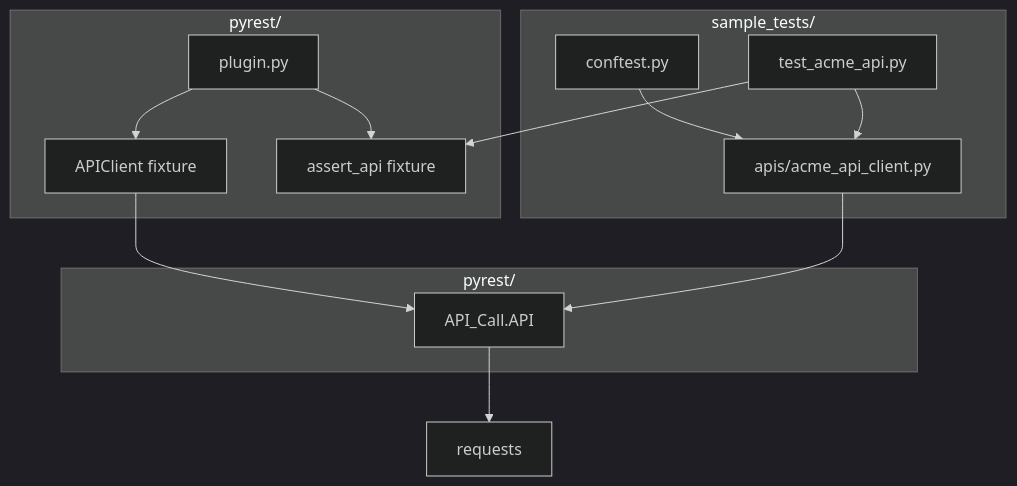
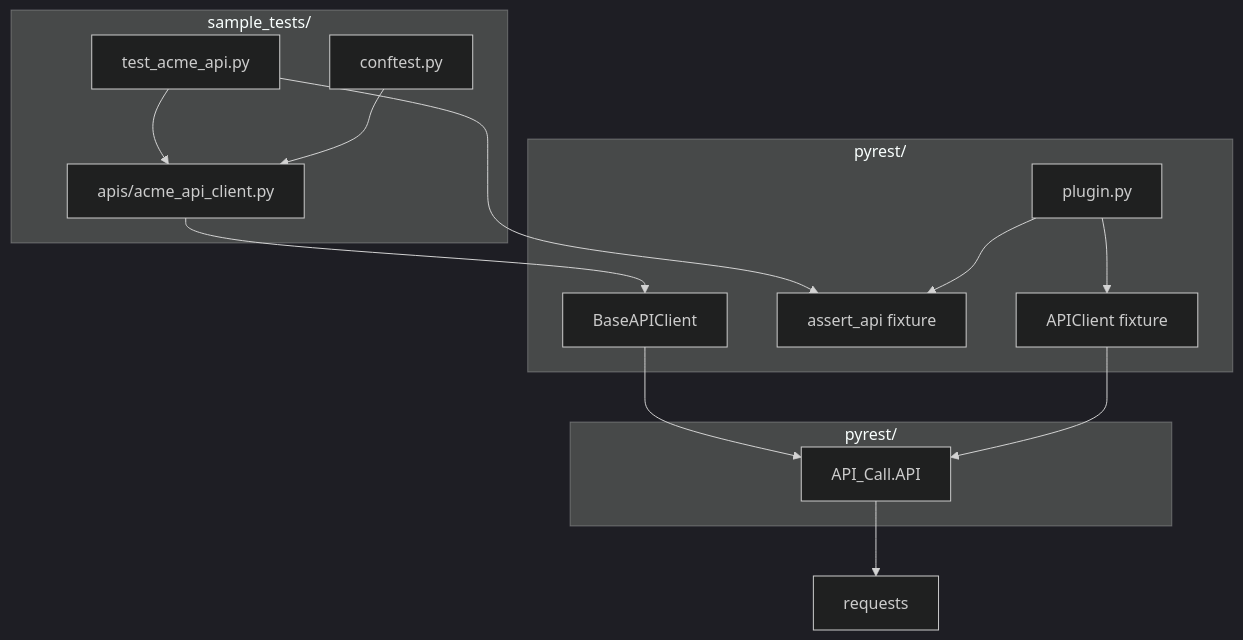
Before and after one commit to Persnickety-Rose/spat: the diagram in docs/ADDING_APIS.md, drawn with Mermaid (dark theme). The commit also changed other lines of this file and 11 other files, not shown here.

````diff
--- a/docs/ADDING_APIS.md
+++ b/docs/ADDING_APIS.md
@@ -370,27 +349,29 @@
 ```mermaid
 flowchart TB
     subgraph tests [sample_tests/]
         T[test_acme_api.py]
         C[conftest.py]
         CL[apis/acme_api_client.py]
     end
 
     subgraph plugin [pyrest/]
         P[plugin.py]
         AC[APIClient fixture]
         AA[assert_api fixture]
+        BC[BaseAPIClient]
     end
 
     subgraph core [pyrest/]
         API[API_Call.API]
     end
 
     T --> CL
     T --> AA
     C --> CL
-    CL --> API
+    CL --> BC
+    BC --> API
     AC --> API
     P --> AC
     P --> AA
     API --> REQ[requests]
 ```
````
